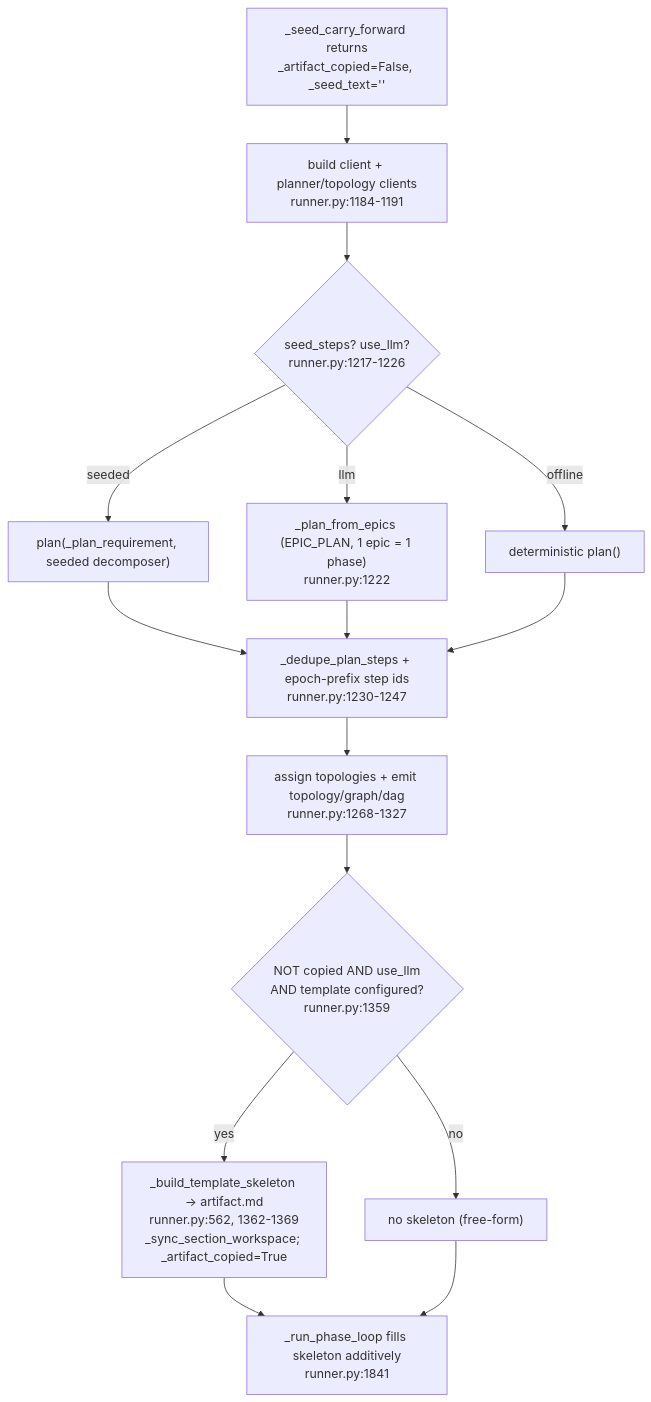
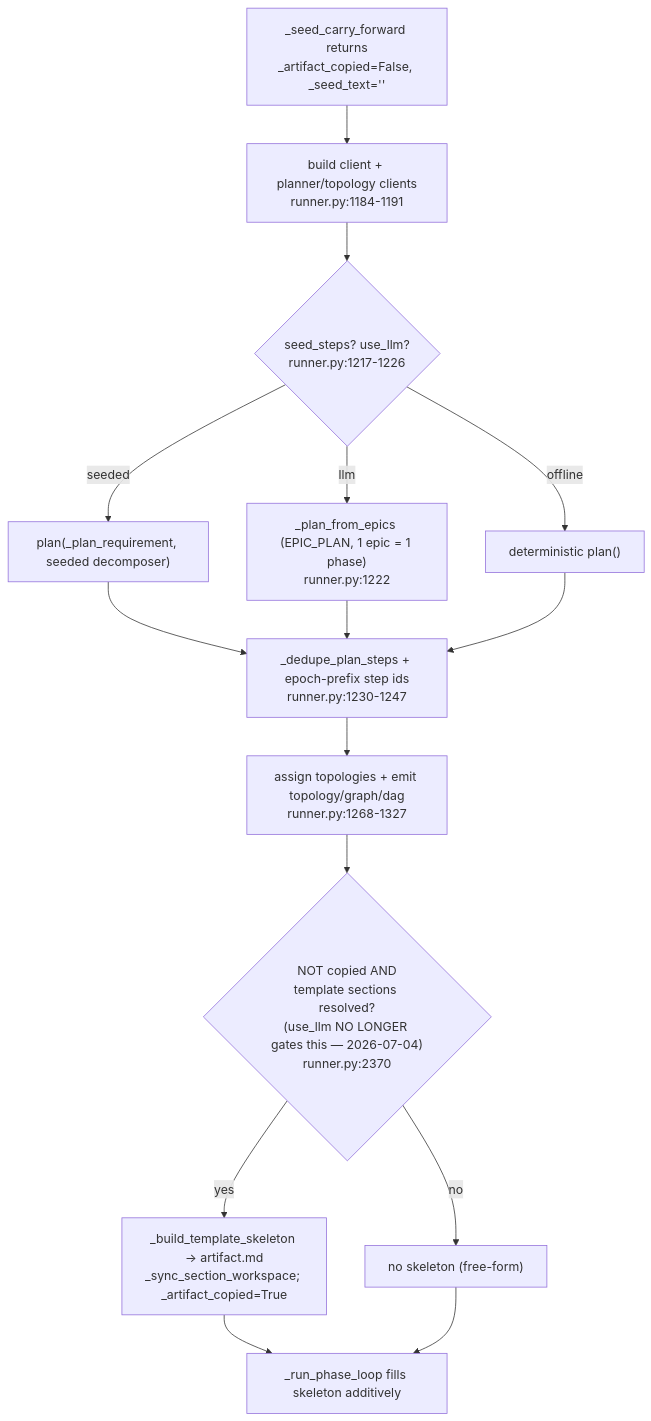
Before and after one commit to shaneliuyx/agentkit: the fourth of 11 diagrams in agentkit-studio/ARCHITECTURE-doc-generation-pipeline.md, drawn with Mermaid. The commit also changed other lines of this file, not shown here.

First line of the commit message:
docs: fold 2026-07-04 wave into architecture doc

````diff
--- a/agentkit-studio/ARCHITECTURE-doc-generation-pipeline.md
+++ b/agentkit-studio/ARCHITECTURE-doc-generation-pipeline.md
@@ -217,17 +230,17 @@
 ```mermaid
 flowchart TD
     C0["_seed_carry_forward returns<br/>_artifact_copied=False, _seed_text=''"] --> C1["build client + planner/topology clients<br/>runner.py:1184-1191"]
     C1 --> C2{"seed_steps? use_llm?<br/>runner.py:1217-1226"}
     C2 -->|seeded| C3["plan(_plan_requirement, seeded decomposer)"]
     C2 -->|llm| C4["_plan_from_epics (EPIC_PLAN, 1 epic = 1 phase)<br/>runner.py:1222"]
     C2 -->|offline| C5["deterministic plan()"]
     C3 --> C6
     C4 --> C6
     C5 --> C6["_dedupe_plan_steps + epoch-prefix step ids<br/>runner.py:1230-1247"]
     C6 --> C7["assign topologies + emit topology/graph/dag<br/>runner.py:1268-1327"]
-    C7 --> C8{"NOT copied AND use_llm<br/>AND template configured?<br/>runner.py:1359"}
-    C8 -->|yes| C9["_build_template_skeleton → artifact.md<br/>runner.py:562, 1362-1369<br/>_sync_section_workspace; _artifact_copied=True"]
+    C7 --> C8{"NOT copied AND<br/>template sections resolved?<br/>(use_llm NO LONGER gates this — 2026-07-04)<br/>runner.py:2370"}
+    C8 -->|yes| C9["_build_template_skeleton → artifact.md<br/>_sync_section_workspace; _artifact_copied=True"]
     C8 -->|no| C10["no skeleton (free-form)"]
-    C9 --> C11["_run_phase_loop fills skeleton additively<br/>runner.py:1841"]
+    C9 --> C11["_run_phase_loop fills skeleton additively"]
     C10 --> C11
 ```
````
